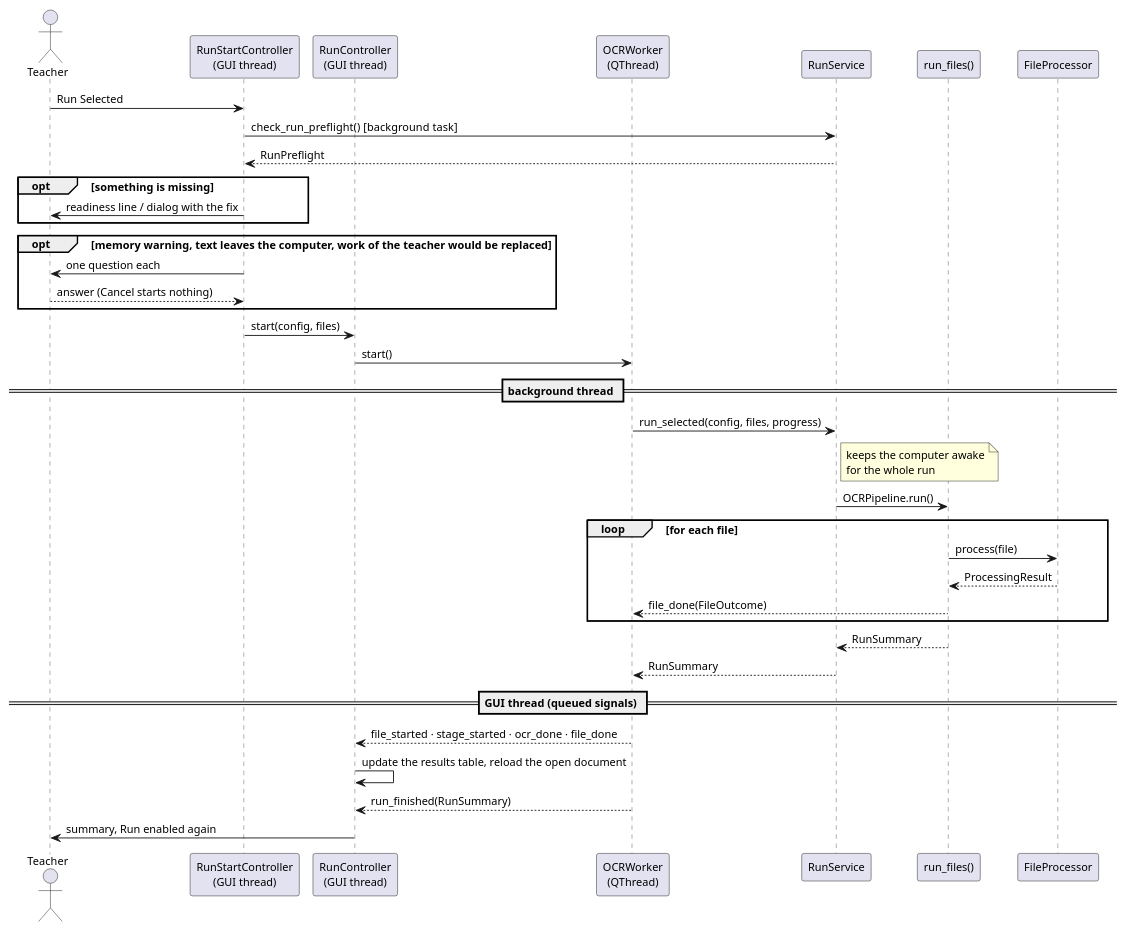
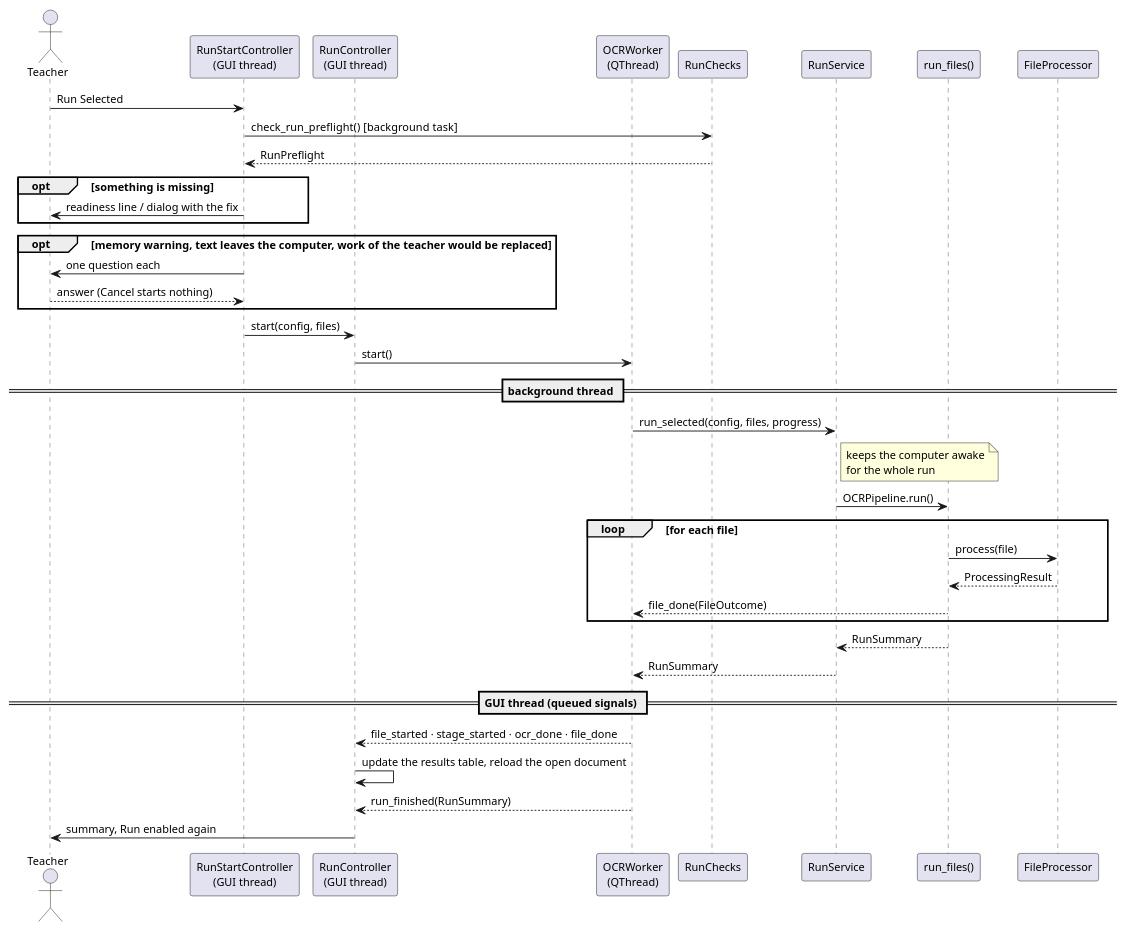
The diagram in docs/assets/sequence_run_documents.puml (JoHoenk/teachers-teammate), drawn with PlantUML before and after one commit. The commit also changed 211 other files, not shown here.

```diff
--- a/docs/assets/sequence_run_documents.puml
+++ b/docs/assets/sequence_run_documents.puml
@@ -1,49 +1,50 @@
 @startuml Teacher's Teammate — Run Selected
 skinparam defaultFontSize 12
 skinparam sequenceArrowThickness 1
 skinparam sequenceLifeLineBorderColor #555555
 skinparam shadowing false
 skinparam noteBackgroundColor #FFFFDD
 
 actor "Teacher" as USER
 participant "RunStartController\n(GUI thread)" as START
 participant "RunController\n(GUI thread)" as CTRL
 participant "OCRWorker\n(QThread)" as WORKER
+participant "RunChecks" as CHECKS
 participant "RunService" as RUN
 participant "run_files()" as COORD
 participant "FileProcessor" as FP
 
 USER -> START : Run Selected
-START -> RUN : check_run_preflight()  [background task]
-RUN --> START : RunPreflight
+START -> CHECKS : check_run_preflight()  [background task]
+CHECKS --> START : RunPreflight
 opt something is missing
   START -> USER : readiness line / dialog with the fix
 end
 opt memory warning, text leaves the computer, work of the teacher would be replaced
   START -> USER : one question each
   USER --> START : answer (Cancel starts nothing)
 end
 START -> CTRL : start(config, files)
 CTRL -> WORKER : start()
 
 == background thread ==
 
 WORKER -> RUN : run_selected(config, files, progress)
 note right of RUN : keeps the computer awake\nfor the whole run
 RUN -> COORD : OCRPipeline.run()
 loop for each file
   COORD -> FP : process(file)
   FP --> COORD : ProcessingResult
   COORD ---> WORKER : file_done(FileOutcome)
 end
 COORD --> RUN : RunSummary
 RUN --> WORKER : RunSummary
 
 == GUI thread (queued signals) ==
 
 WORKER ---> CTRL : file_started · stage_started · ocr_done · file_done
 CTRL -> CTRL : update the results table, reload the open document
 WORKER ---> CTRL : run_finished(RunSummary)
 CTRL -> USER : summary, Run enabled again
 
 @enduml
```
